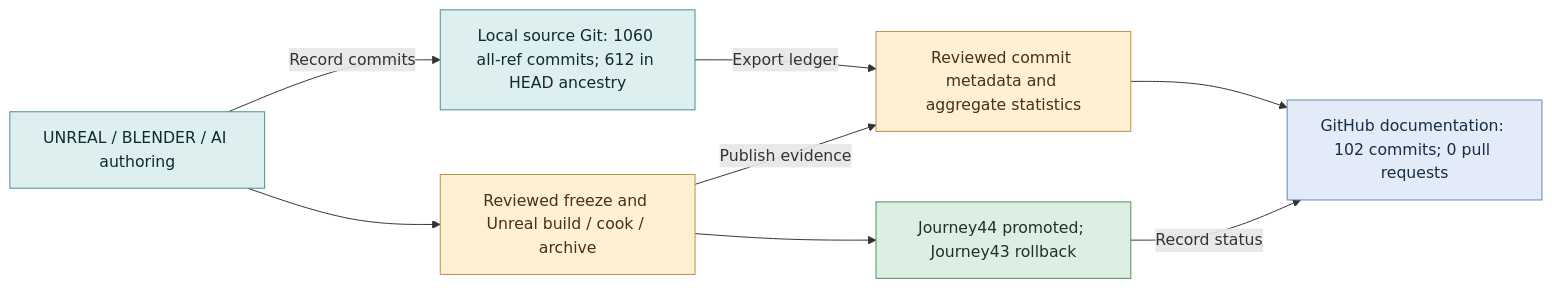
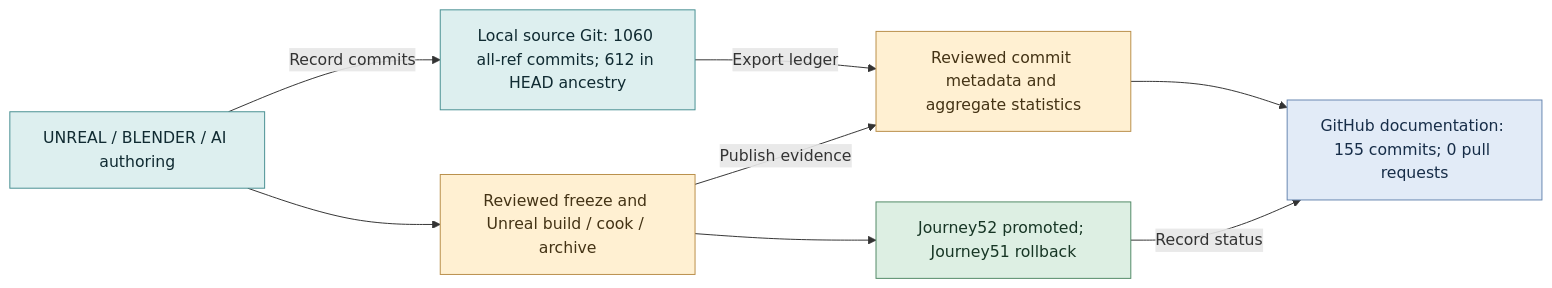
One commit to CA-The-destroyer/G-Ash_Road_ep1 changed the diagram in docs/diagrams/development-history-flow.mmd. Above: the diagram before and after it, drawn with Mermaid. The commit also changed 22 other files, not shown here.

Commit message:
docs: refresh November4 metrics, Journey52 status and compute diagrams

```diff
--- a/docs/diagrams/development-history-flow.mmd
+++ b/docs/diagrams/development-history-flow.mmd
@@ -1,16 +1,16 @@
 flowchart LR
     authorWork["UNREAL / BLENDER / AI authoring"] --> freezeUat["Reviewed freeze and Unreal build / cook / archive"]
-    freezeUat --> playableRelease["Journey44 promoted; Journey43 rollback"]
+    freezeUat --> playableRelease["Journey52 promoted; Journey51 rollback"]
     authorWork -->|"Record commits"| sourceHistory["Local source Git: 1060 all-ref commits; 612 in HEAD ancestry"]
     sourceHistory -->|"Export ledger"| publicMetadata["Reviewed commit metadata and aggregate statistics"]
     freezeUat -->|"Publish evidence"| publicMetadata
-    publicMetadata --> docsHistory["GitHub documentation: 102 commits; 0 pull requests"]
+    publicMetadata --> docsHistory["GitHub documentation: 155 commits; 0 pull requests"]
     playableRelease -->|"Record status"| docsHistory
     classDef source fill:#DDEFEF,stroke:#478F91,color:#102B32;
     classDef delivery fill:#FFF0D2,stroke:#B98E49,color:#443315;
     classDef released fill:#DDEFE3,stroke:#508965,color:#173625;
     classDef docs fill:#E2EBF7,stroke:#6686B0,color:#172D48;
     class authorWork,sourceHistory source;
     class freezeUat,publicMetadata delivery;
     class playableRelease released;
     class docsHistory docs;
```
